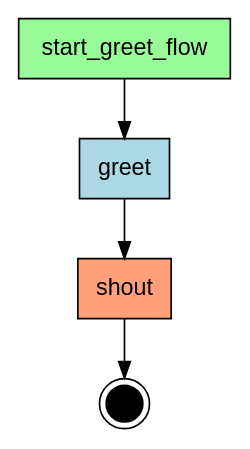
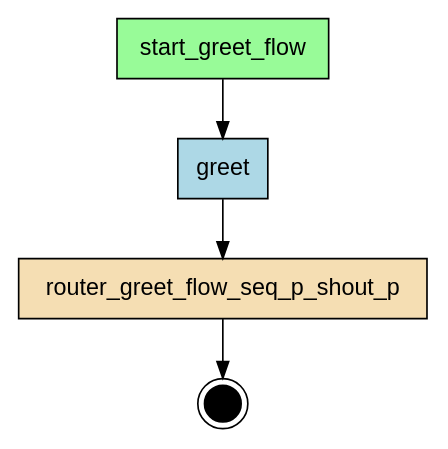
One commit to deliveryhero/asya changed the diagram in examples/demo-skaffold/compiled/greet-flow/artifacts/flow.dot. Above: the diagram before and after it, drawn with Graphviz. The commit also changed 14 other files, not shown here.

```diff
--- a/examples/demo-skaffold/compiled/greet-flow/artifacts/flow.dot
+++ b/examples/demo-skaffold/compiled/greet-flow/artifacts/flow.dot
@@ -1,16 +1,16 @@
 digraph "greet_flow" {
     rankdir=TB;
     node [shape=box, style=filled, fontname="Helvetica"];
 
     { rank=source; start_greet_flow; }
 
     greet [label="greet", fillcolor=lightblue];
-    shout [label="shout", fillcolor=lightsalmon];
+    router_greet_flow_seq_p_shout_p [label="router_greet_flow_seq_p_shout_p", fillcolor=wheat];
     start_greet_flow [label="start_greet_flow", fillcolor=palegreen];
 
     __end__ [label="", shape=doublecircle, fillcolor=black, width=0.3, fixedsize=true];
 
     start_greet_flow -> greet;
-    greet -> shout;
-    shout -> __end__;
+    greet -> router_greet_flow_seq_p_shout_p;
+    router_greet_flow_seq_p_shout_p -> __end__;
 }
```
